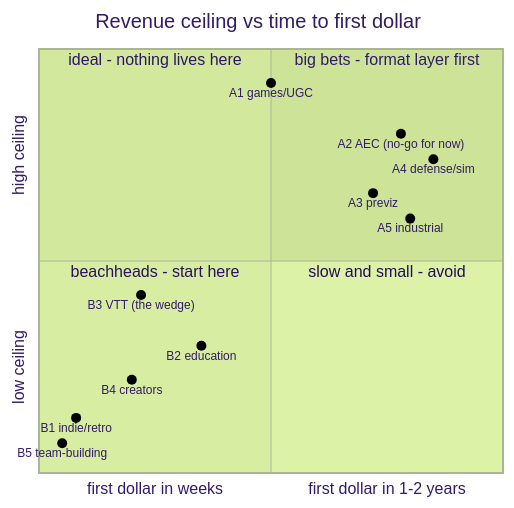
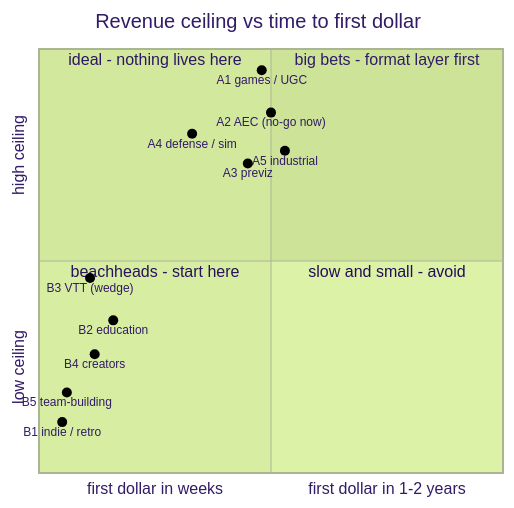
One commit to wbniv/WorldFoundry changed the second of 3 diagrams in docs/investigations/2026-07-05-wf-edit-monetization.md. Above: the diagram before and after it, drawn with Mermaid (forest theme). The commit also changed other lines of this file and 1 other file, not shown here.

First line of the commit message:
docs(investigations): market-sized charts, per-industry tables, moat quadrant

````diff
--- a/docs/investigations/2026-07-05-wf-edit-monetization.md
+++ b/docs/investigations/2026-07-05-wf-edit-monetization.md
@@ -239,20 +419,20 @@
 ```mermaid
 quadrantChart
     title Revenue ceiling vs time to first dollar
     x-axis "first dollar in weeks" --> "first dollar in 1-2 years"
     y-axis "low ceiling" --> "high ceiling"
     quadrant-1 "big bets - format layer first"
     quadrant-2 "ideal - nothing lives here"
     quadrant-3 "beachheads - start here"
     quadrant-4 "slow and small - avoid"
-    "A1 games/UGC": [0.5, 0.92]
-    "A2 AEC (no-go for now)": [0.78, 0.8]
-    "A4 defense/sim": [0.85, 0.74]
-    "A3 previz": [0.72, 0.66]
-    "A5 industrial": [0.8, 0.6]
-    "B3 VTT (the wedge)": [0.22, 0.42]
-    "B2 education": [0.35, 0.3]
-    "B4 creators": [0.2, 0.22]
-    "B1 indie/retro": [0.08, 0.13]
-    "B5 team-building": [0.05, 0.07]
+    "A1 games / UGC": [0.48, 0.95]
+    "A2 AEC (no-go now)": [0.50, 0.85]
+    "A3 previz": [0.45, 0.73]
+    "A4 defense / sim": [0.33, 0.80]
+    "A5 industrial": [0.53, 0.76]
+    "B3 VTT (wedge)": [0.11, 0.46]
+    "B2 education": [0.16, 0.36]
+    "B4 creators": [0.12, 0.28]
+    "B1 indie / retro": [0.05, 0.12]
+    "B5 team-building": [0.06, 0.19]
 ```
````
